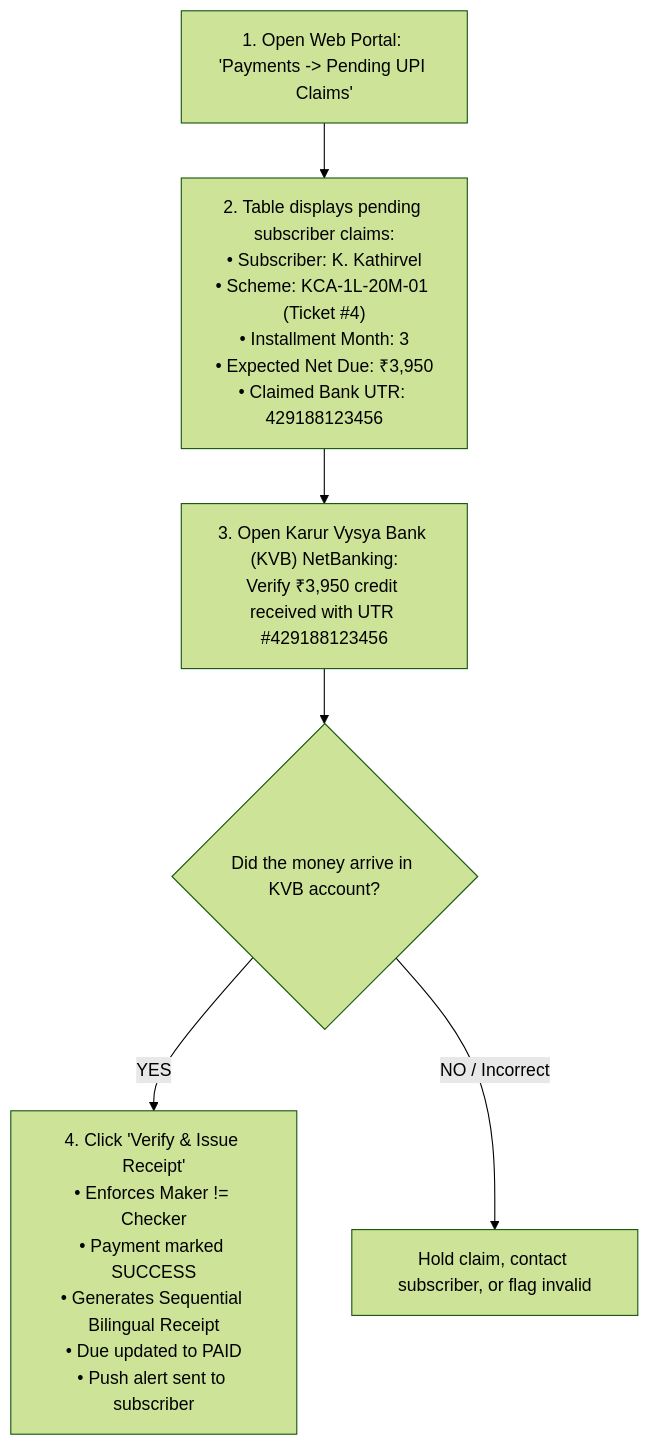
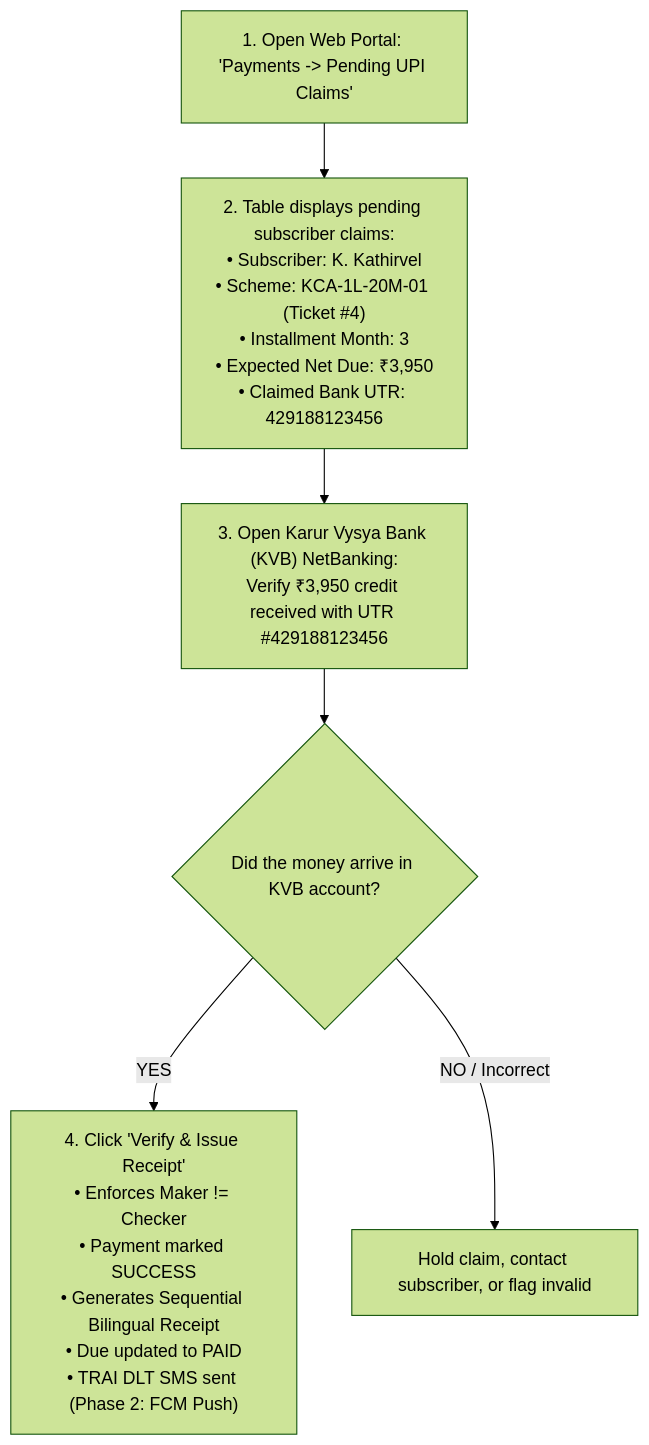
One commit to Kathir-24/Kumaran-finance changed the fourth of 11 diagrams in docs/07-operations/user-manuals/accountant-desk-manual.md. Above: the diagram before and after it, drawn with Mermaid (forest theme). The commit also changed other lines of this file and 4 other files, not shown here.

````diff
--- a/docs/07-operations/user-manuals/accountant-desk-manual.md
+++ b/docs/07-operations/user-manuals/accountant-desk-manual.md
@@ -116,8 +115,8 @@
 ```mermaid
 flowchart TD
     Queue["1. Open Web Portal: 'Payments -> Pending UPI Claims'"] --> List["2. Table displays pending subscriber claims:\n• Subscriber: K. Kathirvel\n• Scheme: KCA-1L-20M-01 (Ticket #4)\n• Installment Month: 3\n• Expected Net Due: ₹3,950\n• Claimed Bank UTR: 429188123456"]
     List --> CheckBank["3. Open Karur Vysya Bank (KVB) NetBanking:\nVerify ₹3,950 credit received with UTR #429188123456"]
     CheckBank --> Decision{"Did the money arrive in KVB account?"}
-    Decision -- "YES" --> Verify["4. Click 'Verify & Issue Receipt'\n• Enforces Maker != Checker\n• Payment marked SUCCESS\n• Generates Sequential Bilingual Receipt\n• Due updated to PAID\n• Push alert sent to subscriber"]
+    Decision -- "YES" --> Verify["4. Click 'Verify & Issue Receipt'\n• Enforces Maker != Checker\n• Payment marked SUCCESS\n• Generates Sequential Bilingual Receipt\n• Due updated to PAID\n• TRAI DLT SMS sent (Phase 2: FCM Push)"]
     Decision -- "NO / Incorrect" --> Hold["Hold claim, contact subscriber, or flag invalid"]
 ```
````
